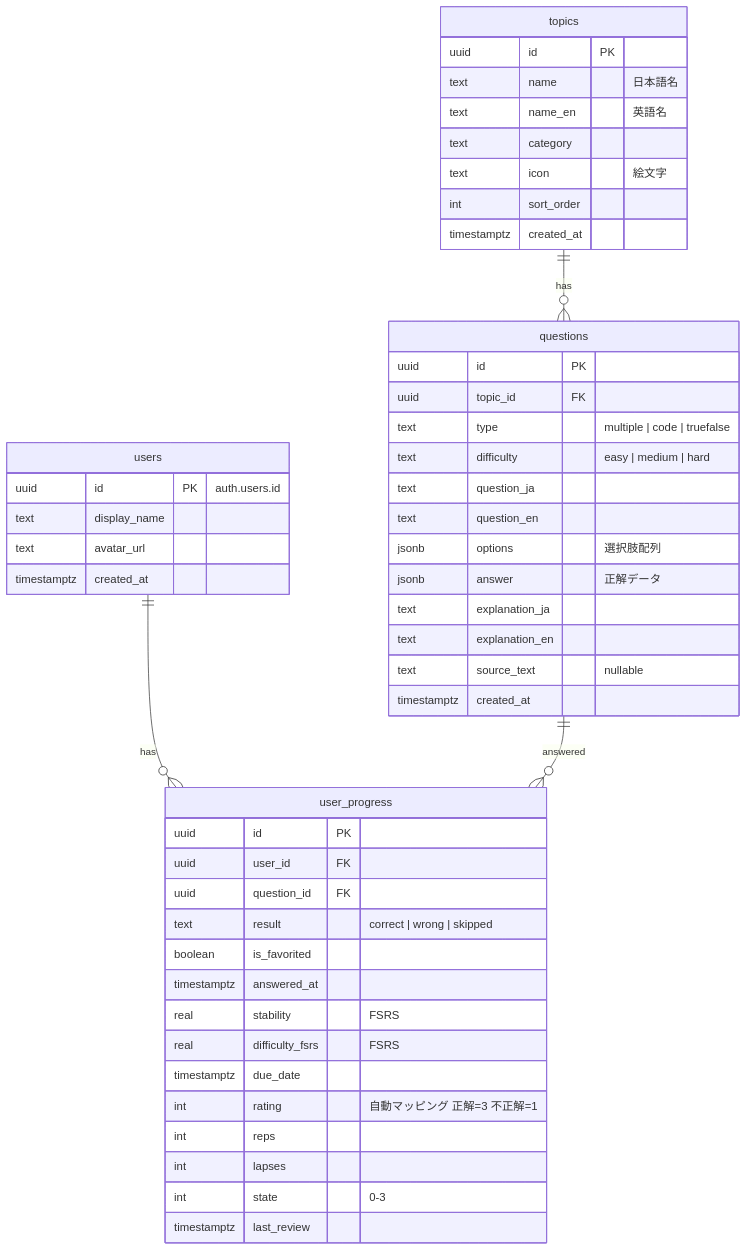
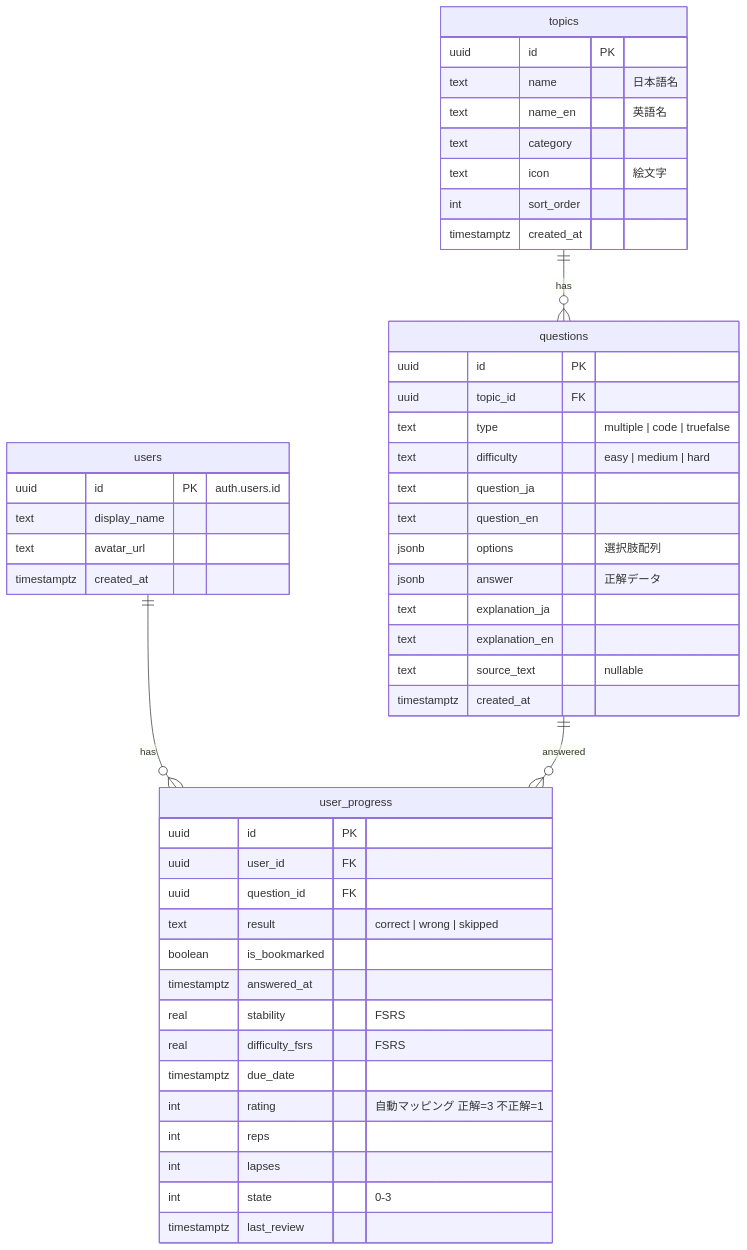
One commit to kohei240155/techinterviewprep changed the diagram in docs/database-design.md. Above: the diagram before and after it, drawn with Mermaid. The commit also changed other lines of this file and 1 other file, not shown here.

````diff
--- a/docs/database-design.md
+++ b/docs/database-design.md
@@ -9,55 +9,55 @@
 ```mermaid
 erDiagram
     users ||--o{ user_progress : "has"
     topics ||--o{ questions : "has"
     questions ||--o{ user_progress : "answered"
 
     users {
         uuid id PK "auth.users.id"
         text display_name
         text avatar_url
         timestamptz created_at
     }
 
     topics {
         uuid id PK
         text name "日本語名"
         text name_en "英語名"
         text category
         text icon "絵文字"
         int sort_order
         timestamptz created_at
     }
 
     questions {
         uuid id PK
         uuid topic_id FK
         text type "multiple | code | truefalse"
         text difficulty "easy | medium | hard"
         text question_ja
         text question_en
         jsonb options "選択肢配列"
         jsonb answer "正解データ"
         text explanation_ja
         text explanation_en
         text source_text "nullable"
         timestamptz created_at
     }
 
     user_progress {
         uuid id PK
         uuid user_id FK
         uuid question_id FK
         text result "correct | wrong | skipped"
-        boolean is_favorited
+        boolean is_bookmarked
         timestamptz answered_at
         real stability "FSRS"
         real difficulty_fsrs "FSRS"
         timestamptz due_date
         int rating "自動マッピング 正解=3 不正解=1"
         int reps
         int lapses
         int state "0-3"
         timestamptz last_review
     }
 ```
````
